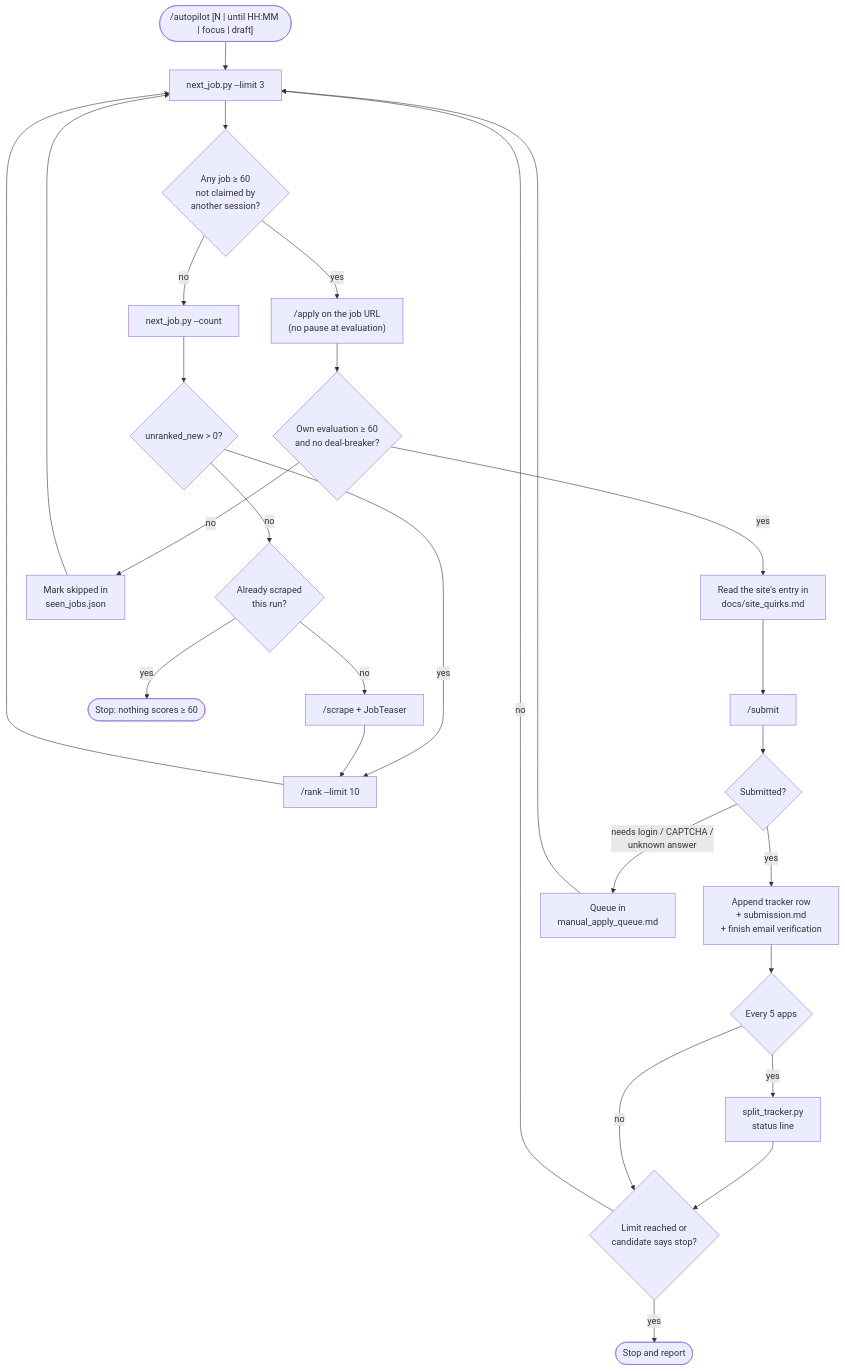
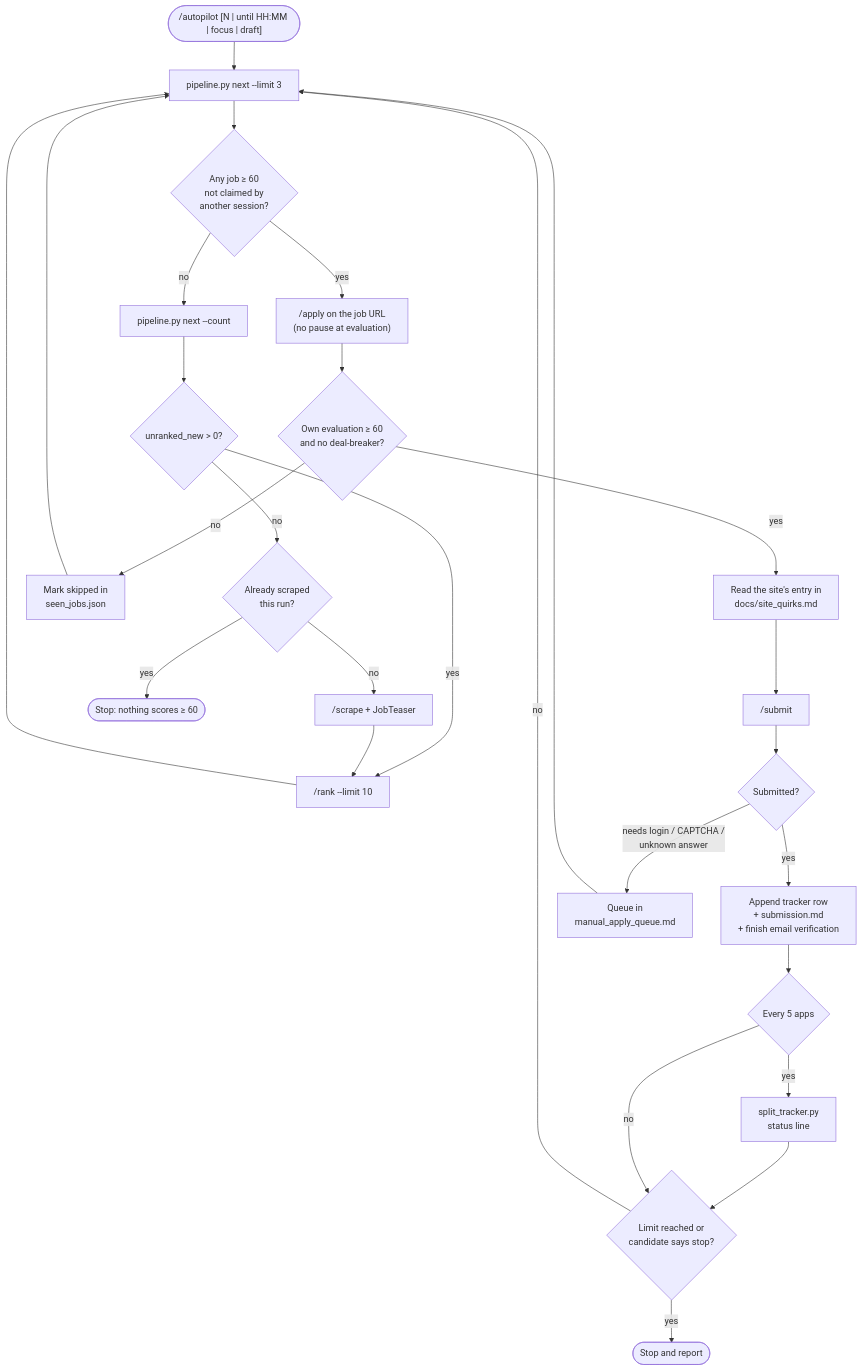
One commit to rshz3028/ai-job-search changed the second of 8 diagrams in docs/WORKFLOWS.md. Above: the diagram before and after it, drawn with Mermaid. The commit also changed other lines of this file and 128 other files, not shown here.

````diff
--- a/docs/WORKFLOWS.md
+++ b/docs/WORKFLOWS.md
@@ -30,26 +30,26 @@
 ```mermaid
 flowchart TD
-    A(["/autopilot [N | until HH:MM | focus | draft]"]) --> P["next_job.py --limit 3"]
+    A(["/autopilot [N | until HH:MM | focus | draft]"]) --> P["pipeline.py next --limit 3"]
     P --> Q{"Any job ≥ 60<br/>not claimed by<br/>another session?"}
     Q -- yes --> AP["/apply on the job URL<br/>(no pause at evaluation)"]
-    Q -- no --> C["next_job.py --count"]
+    Q -- no --> C["pipeline.py next --count"]
     C --> U{"unranked_new > 0?"}
     U -- yes --> R["/rank --limit 10"] --> P
     U -- no --> S{"Already scraped<br/>this run?"}
     S -- no --> SC["/scrape + JobTeaser"] --> R
     S -- yes --> STOP1(["Stop: nothing scores ≥ 60"])
 
     AP --> E{"Own evaluation ≥ 60<br/>and no deal-breaker?"}
     E -- no --> SK["Mark skipped in<br/>seen_jobs.json"] --> P
     E -- yes --> SQ["Read the site's entry in<br/>docs/site_quirks.md"]
     SQ --> SUB["/submit"]
     SUB --> OK{"Submitted?"}
     OK -- yes --> REC["Append tracker row<br/>+ submission.md<br/>+ finish email verification"]
     OK -- "needs login / CAPTCHA /<br/>unknown answer" --> MQ["Queue in<br/>manual_apply_queue.md"]
     REC --> N{"Every 5 apps"}
     MQ --> P
     N -- yes --> ST["split_tracker.py<br/>status line"] --> LIM
     N -- no --> LIM{"Limit reached or<br/>candidate says stop?"}
     LIM -- no --> P
     LIM -- yes --> STOP2(["Stop and report"])
 ```
````
